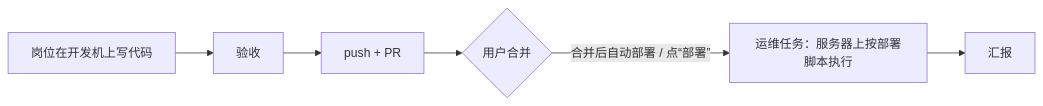
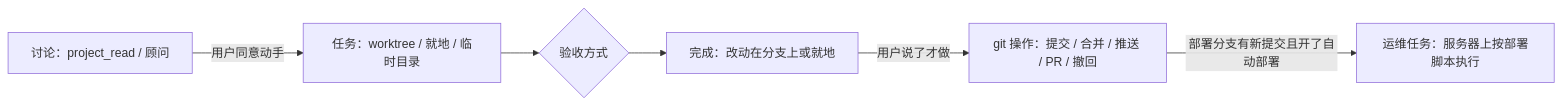
The second of 2 diagrams in docs/architecture/workbench.md (XiaoXianThis/Sous), drawn with Mermaid before and after one commit. The commit also changed other lines of this file and 89 other files, not shown here.

First line of the commit message:
Core, Web: flexible workflow with per-task acceptance, git ops and consult

````diff
--- a/docs/architecture/workbench.md
+++ b/docs/architecture/workbench.md
@@ -37,5 +44,8 @@
 ```mermaid
 flowchart LR
-  a[岗位在开发机上写代码] --> b[验收] --> c[push + PR] --> d{用户合并}
-  d -- 合并后自动部署 / 点“部署” --> e[运维任务：服务器上按部署脚本执行] --> f[汇报]
+  talk[讨论：project_read / 顾问] -->|用户同意动手| task[任务：worktree / 就地 / 临时目录]
+  task --> review{验收方式}
+  review --> done[完成：改动在分支上或就地]
+  done -->|用户说了才做| git[git 操作：提交 / 合并 / 推送 / PR / 撤回]
+  git -->|部署分支有新提交且开了自动部署| ops[运维任务：服务器上按部署脚本执行]
 ```
````
